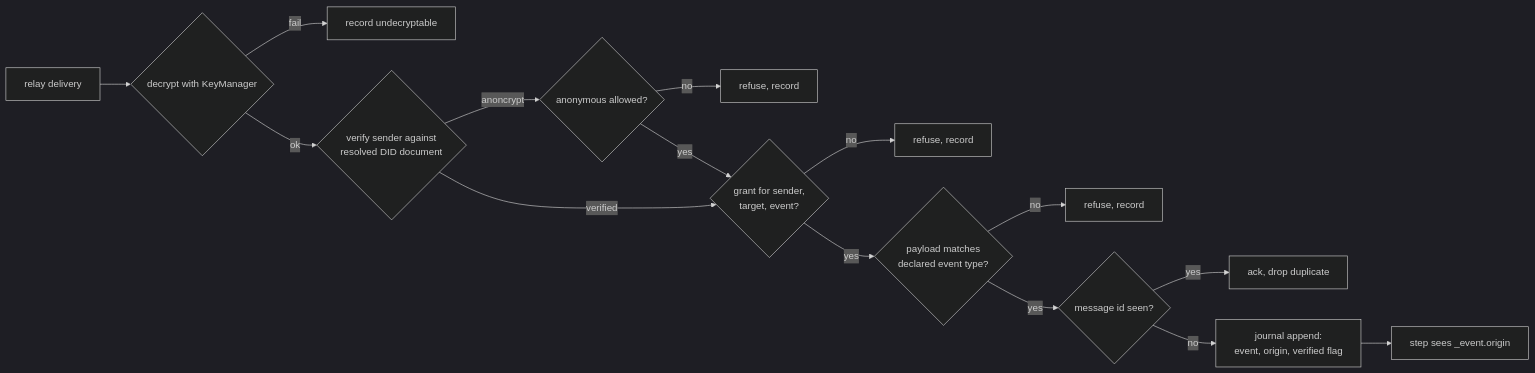
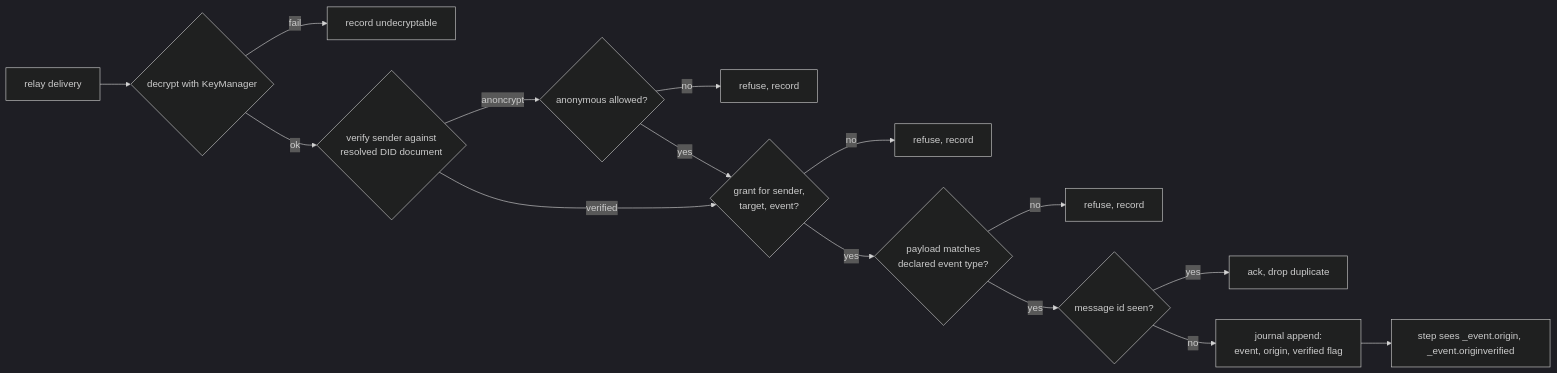
Diagram 11 of 14 in tg.md/views/distribution.md (Volland/vertep), drawn with Mermaid (dark theme) before and after one commit. The commit also changed other lines of this file and 9 other files, not shown here.

First line of the commit message:
Bring the architecture views in line with the code

````diff
--- a/tg.md/views/distribution.md
+++ b/tg.md/views/distribution.md
@@ -424,17 +424,17 @@
 ```mermaid
 flowchart LR
     IN["relay delivery"] --> DEC{"decrypt with KeyManager"}
     DEC -- fail --> R1["record undecryptable"]
     DEC -- ok --> VER{"verify sender against<br/>resolved DID document"}
     VER -- "anoncrypt" --> POL{"anonymous allowed?"}
     POL -- no --> R2["refuse, record"]
     POL -- yes --> GR
     VER -- verified --> GR{"grant for sender,<br/>target, event?"}
     GR -- no --> R3["refuse, record"]
     GR -- yes --> TY{"payload matches<br/>declared event type?"}
     TY -- no --> R4["refuse, record"]
     TY -- yes --> DUP{"message id seen?"}
     DUP -- yes --> ACK["ack, drop duplicate"]
     DUP -- no --> J["journal append:<br/>event, origin, verified flag"]
-    J --> S["step sees _event.origin"]
+    J --> S["step sees _event.origin, _event.originverified"]
 ```
````
